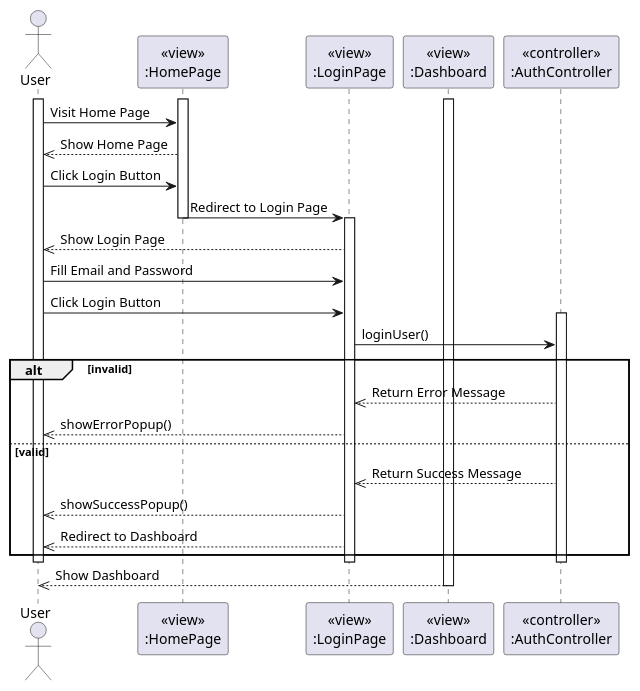
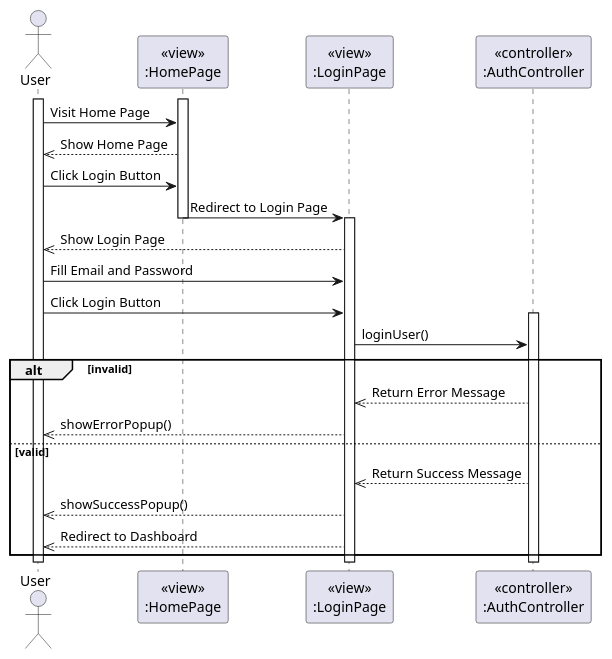
One commit to felixpherry/Lecturna-UML changed the diagram in Sequence Diagrams/004. Login.puml. Above: the diagram before and after it, drawn with PlantUML. The commit also changed 42 other files, not shown here.

Commit message:
Finish 50% Sequence Diagrams

```diff
--- a/Sequence Diagrams/004. Login.puml
+++ b/Sequence Diagrams/004. Login.puml
@@ -1,53 +1,45 @@
 @startuml Login
 actor User
 participant HomePageView [
   <<view>>
   :HomePage
 ]
 
 participant LoginPageView [
   <<view>>
   :LoginPage
-]
-
-participant DashboardView [
-  <<view>>
-  :Dashboard
 ]
 
 activate User
 activate HomePageView
 User -> HomePageView: Visit Home Page
 HomePageView -->> User: Show Home Page
 User -> HomePageView: Click Login Button
 HomePageView -> LoginPageView: Redirect to Login Page
 
 deactivate HomePageView
 activate LoginPageView
 LoginPageView -->> User: Show Login Page
 User -> LoginPageView: Fill Email and Password
 User -> LoginPageView: Click Login Button
 
 participant AuthController [
   <<controller>>
   :AuthController
 ]
 
 activate AuthController
 LoginPageView -> AuthController: loginUser()
 alt invalid
 AuthController -->> LoginPageView: Return Error Message
 LoginPageView -->> User: showErrorPopup()
 else valid
 AuthController -->> LoginPageView: Return Success Message
 LoginPageView -->> User: showSuccessPopup()
 LoginPageView -->> User: Redirect to Dashboard
 end
 
 deactivate User
 deactivate LoginPageView
 deactivate AuthController
-activate DashboardView
-DashboardView -->> User: Show Dashboard
-deactivate DashboardView
 @enduml
```
